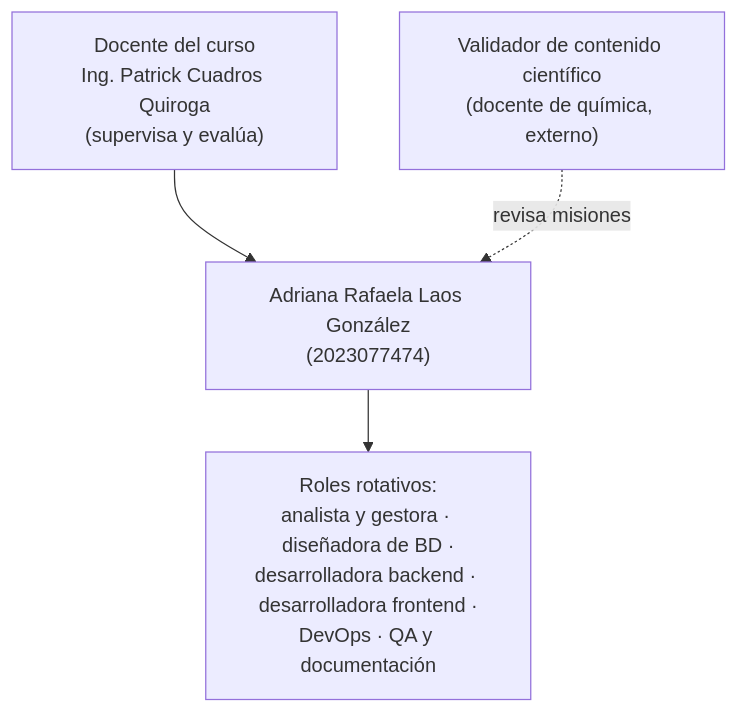
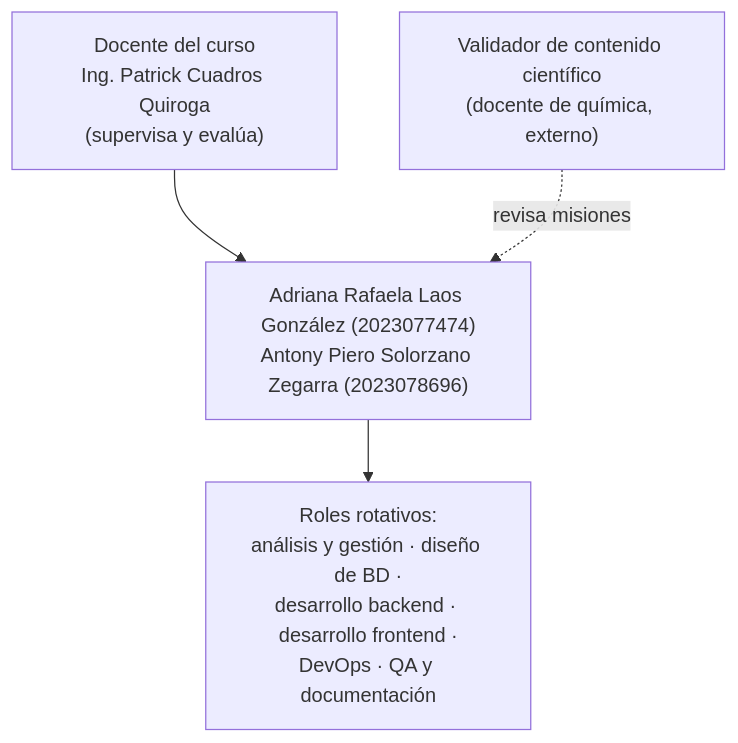
The first of 9 diagrams in docs/fd/FD03-Informe-SRS.md (Laos19/Demov0.1AtomReactChamber), drawn with Mermaid before and after one commit. The commit also changed other lines of this file and 47 other files, not shown here.

First line of the commit message:
docs: agrega al integrante Antony Piero Solorzano Zegarra (2023078696)

````diff
--- a/docs/fd/FD03-Informe-SRS.md
+++ b/docs/fd/FD03-Informe-SRS.md
@@ -107,10 +107,10 @@
 ```mermaid
 flowchart TB
   D["Docente del curso<br/>Ing. Patrick Cuadros Quiroga<br/>(supervisa y evalúa)"]
-  A["Adriana Rafaela Laos González<br/>(2023077474)"]
-  R["Roles rotativos:<br/>analista y gestora · diseñadora de BD ·<br/>desarrolladora backend · desarrolladora frontend ·<br/>DevOps · QA y documentación"]
+  A["Adriana Rafaela Laos González (2023077474)<br/>Antony Piero Solorzano Zegarra (2023078696)"]
+  R["Roles rotativos:<br/>análisis y gestión · diseño de BD ·<br/>desarrollo backend · desarrollo frontend ·<br/>DevOps · QA y documentación"]
   V["Validador de contenido científico<br/>(docente de química, externo)"]
   D --> A
   A --> R
   V -. "revisa misiones" .-> A
 ```
````
